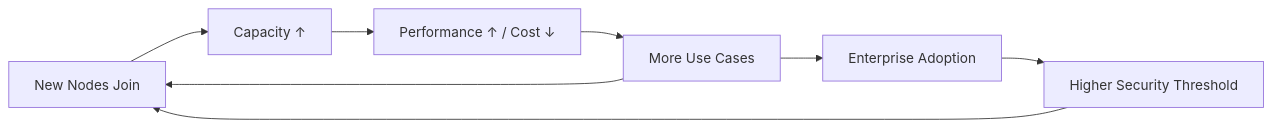
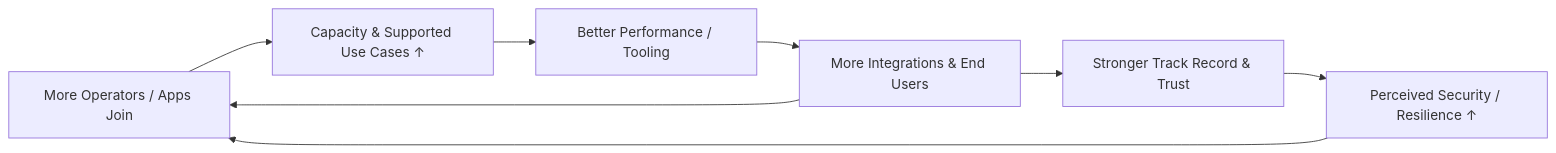
Before and after one commit to ljg-cqu/knowledge: the first of 19 diagrams in Industry/Blockchain/Wallet/MPC/Mechanism/QA_ClaudeOpus.md, drawn with Mermaid. The commit also changed other lines of this file and 1 other file, not shown here.

````diff
--- a/Industry/Blockchain/Wallet/MPC/Mechanism/QA_ClaudeOpus.md
+++ b/Industry/Blockchain/Wallet/MPC/Mechanism/QA_ClaudeOpus.md
@@ -51,10 +49,10 @@
 ```mermaid
 graph LR
-    A[New Nodes Join] --> B[Capacity ↑]
-    B --> C[Performance ↑ / Cost ↓]
-    C --> D[More Use Cases]
+    A[More Operators / Apps Join] --> B[Capacity & Supported Use Cases ↑]
+    B --> C[Better Performance / Tooling]
+    C --> D[More Integrations & End Users]
     D --> A
-    D --> E[Enterprise Adoption]
-    E --> F[Higher Security Threshold]
+    D --> E[Stronger Track Record & Trust]
+    E --> F[Perceived Security / Resilience ↑]
     F --> A
 ```
````
